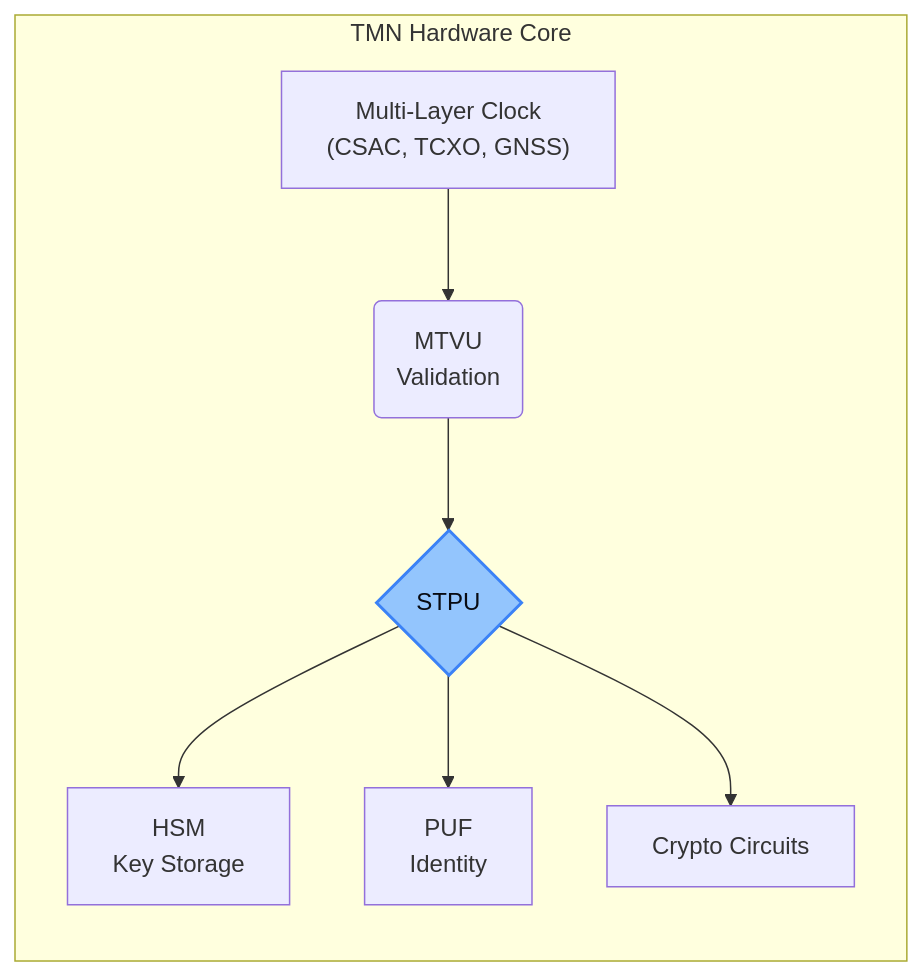
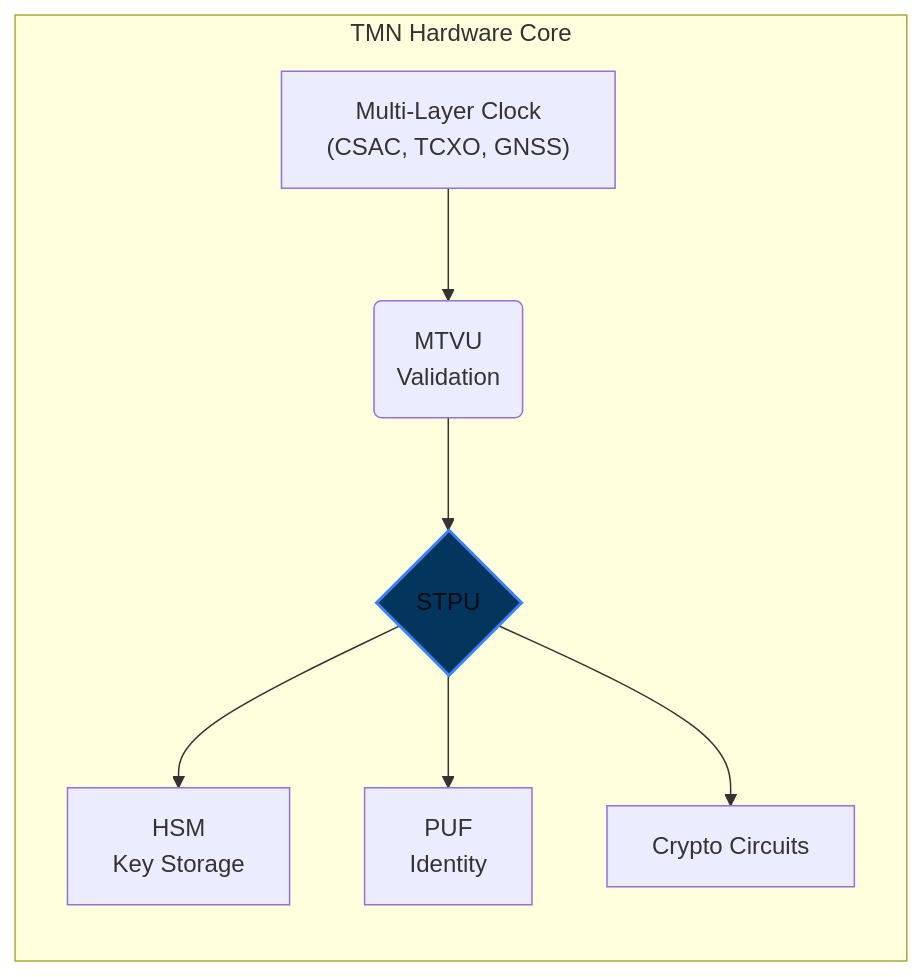
The third of 7 diagrams in content/chronoledger/_index.md (nshkrdotcom/nshkrdotcom.github.io), drawn with Mermaid before and after one commit. The commit also changed other lines of this file, not shown here.

```diff
--- a/content/chronoledger/_index.md
+++ b/content/chronoledger/_index.md
@@ -362,12 +362,12 @@
            <div class="mermaid">
               graph TD
                   subgraph TMN Hardware Core
                       direction TB
                       A["Multi-Layer Clock<br>(CSAC, TCXO, GNSS)"] --> B("MTVU<br>Validation")
                       B --> C{STPU}
                       C --> D[HSM<br>Key Storage]
                       C --> E[PUF<br>Identity]
                       C --> F[Crypto Circuits]
                   end
-                  style C fill:#93C5FD,stroke:#3B82F6,stroke-width:2px,color:#080B12
+                  style C fill:#03355D,stroke:#3B82F6,stroke-width:2px,color:#080B12
            </div>
```
